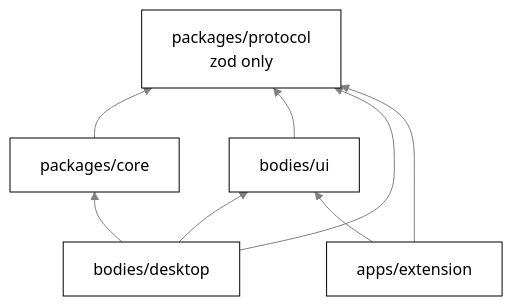
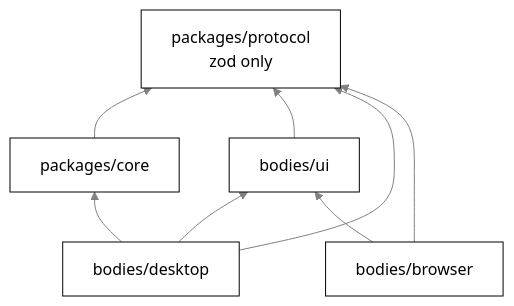
The second of 4 diagrams in docs/architecture.md (nadeem4/tagalong), drawn with Mermaid before and after one commit. The commit also changed other lines of this file and 55 other files, not shown here.

Commit message:
refactor(browser): move the extension to bodies/browser (12a)

````diff
--- a/docs/architecture.md
+++ b/docs/architecture.md
@@ -86,16 +86,16 @@
 ```mermaid
 %%{init: {"theme": "base", "themeVariables": {"primaryColor": "#ffffff", "primaryTextColor": "#000000", "primaryBorderColor": "#000000", "lineColor": "#808080", "secondaryColor": "#f2f2f2", "tertiaryColor": "#ffffff", "clusterBkg": "#f7f7f7", "clusterBorder": "#808080", "edgeLabelBackground": "#ffffff", "titleColor": "#808080", "fontFamily": "Segoe UI, Helvetica, Arial, sans-serif"}}}%%
 flowchart BT
   P["packages/protocol<br>zod only"]
   C["packages/core"]
   U["bodies/ui"]
   D["bodies/desktop"]
-  X["apps/extension"]
+  X["bodies/browser"]
   C --> P
   U --> P
   D --> P
   D --> C
   D --> U
   X --> P
   X --> U
 ```
````
